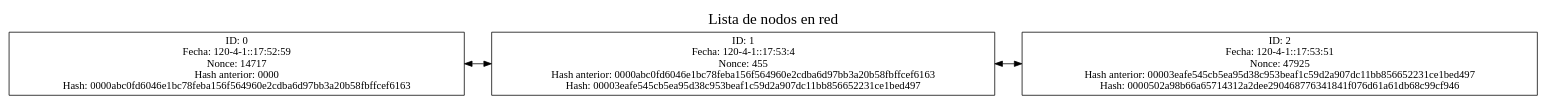
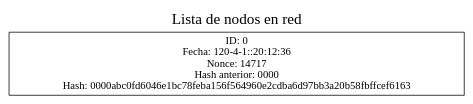
Before and after one commit to elJuanjoRamos/EDD_1S2020_PY2_201801262: the diagram in EDD_Proyecto2/DoubleList.dot, drawn with Graphviz. The commit also changed 83 other files, not shown here.

```diff
--- a/EDD_Proyecto2/DoubleList.dot
+++ b/EDD_Proyecto2/DoubleList.dot
@@ -1,8 +1,6 @@
 digraph grafica{
 graph[label="Lista de nodos en red", labelloc=t, fontsize=20, compound=true];
 rankdir = LR;
 node [shape=record];
-splines=false; NodeLogChange0 [label ="ID: 0\nFecha: 120-4-1::17:52:59\nNonce: 14717\nHash anterior: 0000\nHash: 0000abc0fd6046e1bc78feba156f564960e2cdba6d97bb3a20b58fbffcef6163 "]
-NodeLogChange1 [label ="ID: 1\nFecha: 120-4-1::17:53:4\nNonce: 455\nHash anterior: 0000abc0fd6046e1bc78feba156f564960e2cdba6d97bb3a20b58fbffcef6163\nHash: 00003eafe545cb5ea95d38c953beaf1c59d2a907dc11bb856652231ce1bed497 "]
-NodeLogChange2 [label ="ID: 2\nFecha: 120-4-1::17:53:51\nNonce: 47925\nHash anterior: 00003eafe545cb5ea95d38c953beaf1c59d2a907dc11bb856652231ce1bed497\nHash: 0000502a98b66a65714312a2dee290468776341841f076d61a61db68c99cf946 "]
-NodeLogChange0->NodeLogChange1[dir=both]NodeLogChange1->NodeLogChange2[dir=both]}
+splines=false; NodeLogChange0 [label ="ID: 0\nFecha: 120-4-1::20:12:36\nNonce: 14717\nHash anterior: 0000\nHash: 0000abc0fd6046e1bc78feba156f564960e2cdba6d97bb3a20b58fbffcef6163 "]
+}
```
